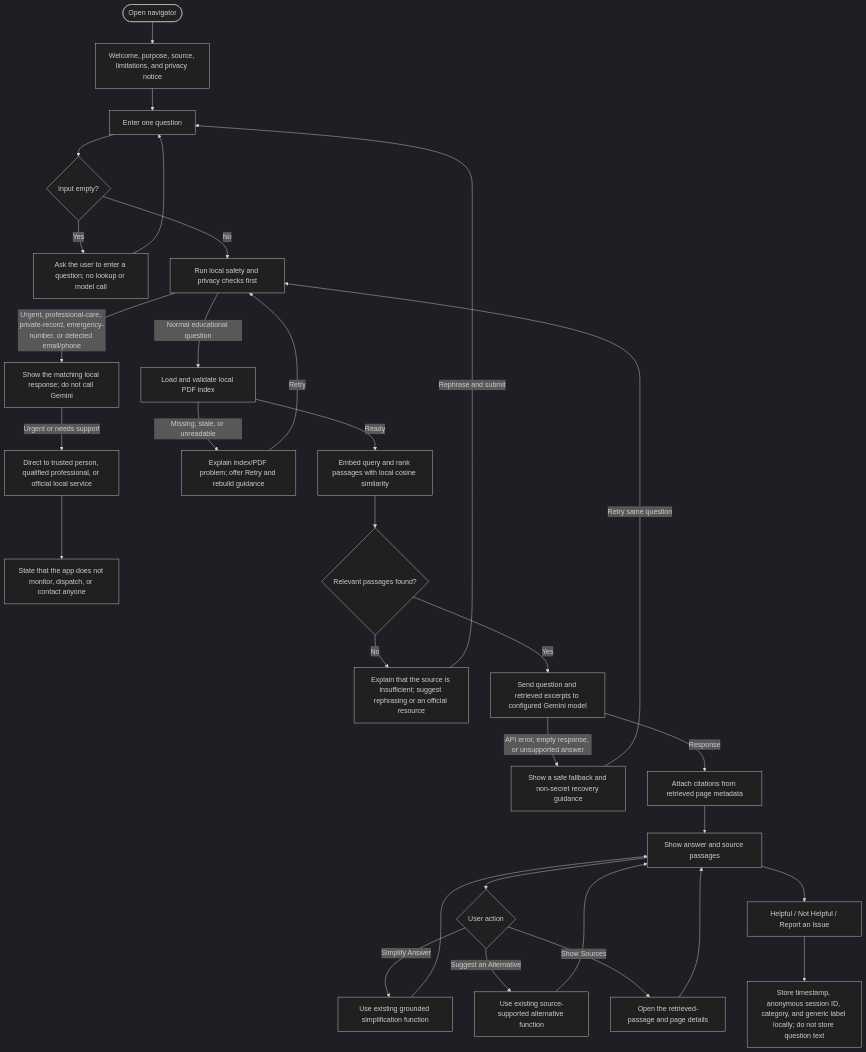
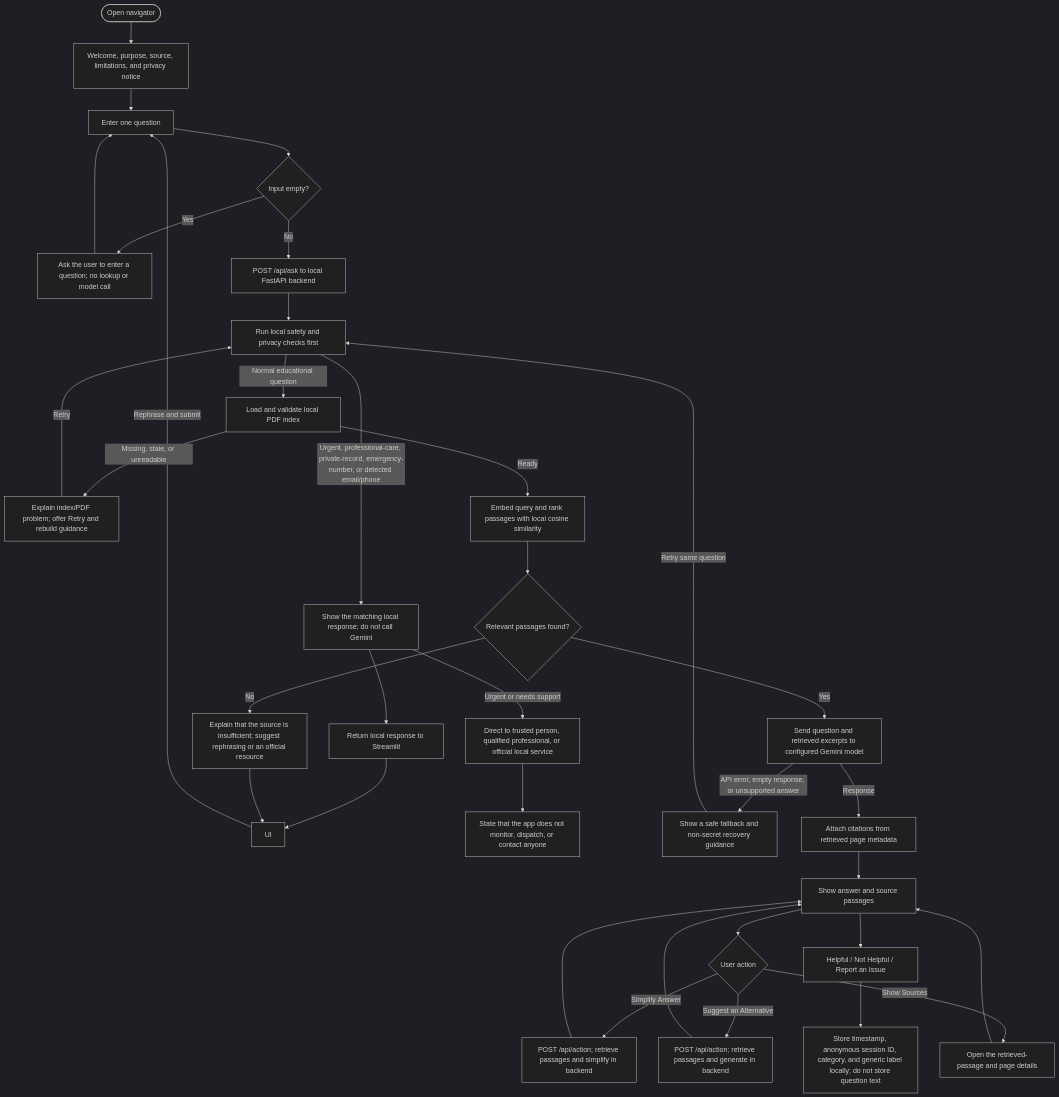
One commit to MrJazzar/Health-Information-Navigator changed the diagram in docs/conversation_flow.md. Above: the diagram before and after it, drawn with Mermaid (dark theme). The commit also changed other lines of this file and 14 other files, not shown here.

First line of the commit message:
Add local FastAPI backend

````diff
--- a/docs/conversation_flow.md
+++ b/docs/conversation_flow.md
@@ -5,35 +5,39 @@
 ```mermaid
 flowchart TD
     Start([Open navigator]) --> Welcome["Welcome, purpose, source, limitations, and privacy notice"]
     Welcome --> Input["Enter one question"]
     Input --> Empty{"Input empty?"}
     Empty -->|Yes| EmptyMessage["Ask the user to enter a question; no lookup or model call"]
     EmptyMessage --> Input
-    Empty -->|No| Safety["Run local safety and privacy checks first"]
+    Empty -->|No| API["POST /api/ask to local FastAPI backend"]
+    API --> Safety["Run local safety and privacy checks first"]
 
     Safety -->|Urgent, professional-care, private-record, emergency-number, or detected email/phone| LocalReply["Show the matching local response; do not call Gemini"]
+    LocalReply --> APIReply["Return local response to Streamlit"]
+    APIReply --> UI
     LocalReply -->|Urgent or needs support| Handover["Direct to trusted person, qualified professional, or official local service"]
     Handover --> NoTransfer["State that the app does not monitor, dispatch, or contact anyone"]
 
     Safety -->|Normal educational question| Index["Load and validate local PDF index"]
     Index -->|Missing, stale, or unreadable| IndexError["Explain index/PDF problem; offer Retry and rebuild guidance"]
     IndexError -->|Retry| Safety
     Index -->|Ready| Retrieve["Embed query and rank passages with local cosine similarity"]
     Retrieve --> Found{"Relevant passages found?"}
     Found -->|No| Fallback["Explain that the source is insufficient; suggest rephrasing or an official resource"]
-    Fallback -->|Rephrase and submit| Input
+    Fallback --> UI
+    UI -->|Rephrase and submit| Input
     Found -->|Yes| Generate["Send question and retrieved excerpts to configured Gemini model"]
     Generate -->|API error, empty response, or unsupported answer| ModelError["Show a safe fallback and non-secret recovery guidance"]
     ModelError -->|Retry same question| Safety
     Generate -->|Response| Cite["Attach citations from retrieved page metadata"]
     Cite --> Answer["Show answer and source passages"]
     Answer --> Controls{"User action"}
-    Controls -->|Simplify Answer| Simplify["Use existing grounded simplification function"]
-    Controls -->|Suggest an Alternative| Alternative["Use existing source-supported alternative function"]
+    Controls -->|Simplify Answer| Simplify["POST /api/action; retrieve passages and simplify in backend"]
+    Controls -->|Suggest an Alternative| Alternative["POST /api/action; retrieve passages and generate in backend"]
     Controls -->|Show Sources| Sources["Open the retrieved-passage and page details"]
     Simplify --> Answer
     Alternative --> Answer
     Sources --> Answer
     Answer --> Feedback["Helpful / Not Helpful / Report an Issue"]
     Feedback --> LocalFeedback["Store timestamp, anonymous session ID, category, and generic label locally; do not store question text"]
 ```
````
